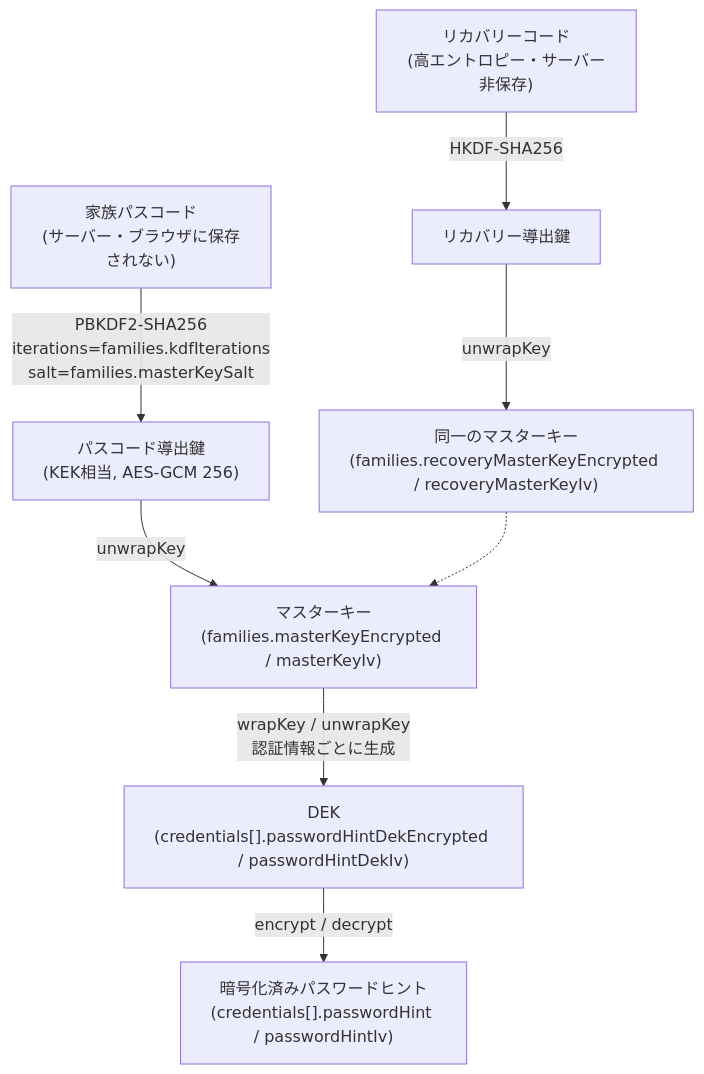
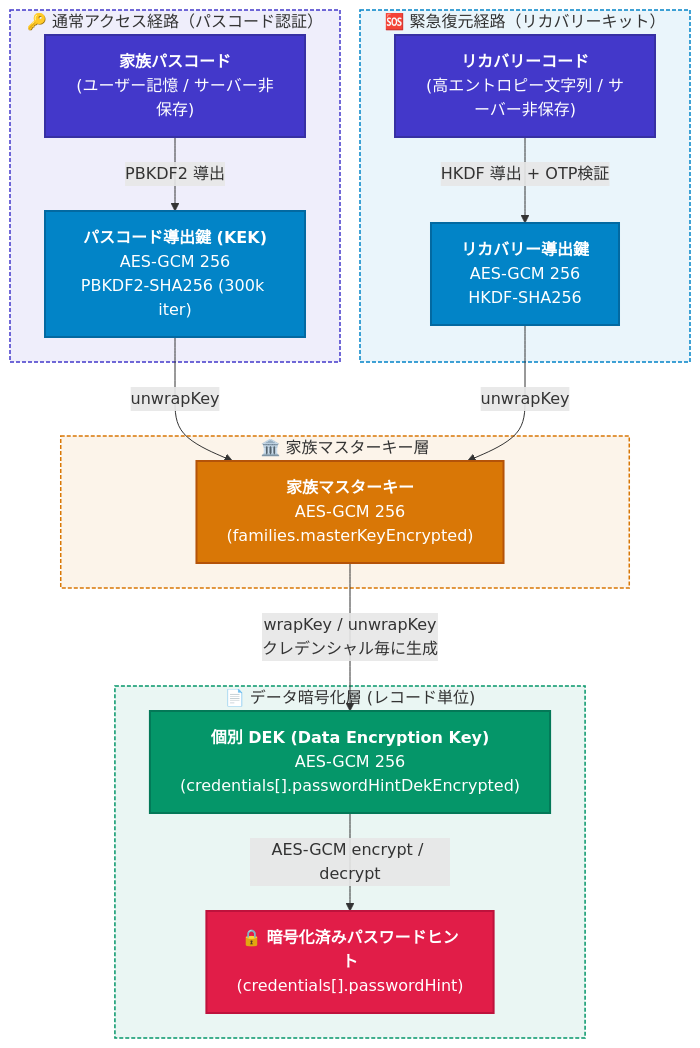
The first of 2 diagrams in .docs/security/e2ee.md (luthpg/poohma), drawn with Mermaid before and after one commit. The commit also changed other lines of this file and 14 other files, not shown here.

First line of the commit message:
﻿docs: ドキュメントの .docs/ への統一・Mermaid図の刷新とリンク修正

`````diff
--- a/.docs/security/e2ee.md
+++ b/.docs/security/e2ee.md
@@ -13,11 +11,45 @@
-````mermaid
+```mermaid
 flowchart TB
-    Passcode["家族パスコード<br/>(サーバー・ブラウザに保存されない)"] -->|PBKDF2-SHA256<br/>iterations=families.kdfIterations<br/>salt=families.masterKeySalt| KEK["パスコード導出鍵<br/>(KEK相当, AES-GCM 256)"]
-    KEK -->|unwrapKey| MK["マスターキー<br/>(families.masterKeyEncrypted / masterKeyIv)"]
-    MK -->|wrapKey / unwrapKey<br/>認証情報ごとに生成| DEK["DEK<br/>(credentials[].passwordHintDekEncrypted / passwordHintDekIv)"]
-    DEK -->|encrypt / decrypt| Hint["暗号化済みパスワードヒント<br/>(credentials[].passwordHint / passwordHintIv)"]
+    %% ==========================================
+    %% Theme & Class Definitions (Dark/Light Safe)
+    %% ==========================================
+    classDef inputNode fill:#4338ca,stroke:#3730a3,stroke-width:2px,color:#ffffff;
+    classDef derivedNode fill:#0284c7,stroke:#0369a1,stroke-width:2px,color:#ffffff;
+    classDef masterNode fill:#d97706,stroke:#b45309,stroke-width:2px,color:#ffffff;
+    classDef dekNode fill:#059669,stroke:#047857,stroke-width:2px,color:#ffffff;
+    classDef hintNode fill:#e11d48,stroke:#be123c,stroke-width:2px,color:#ffffff;
 
-    RecoveryCode["リカバリーコード<br/>(高エントロピー・サーバー非保存)"] -->|HKDF-SHA256| RK["リカバリー導出鍵"]
-    RK -->|unwrapKey| MK2["同一のマスターキー<br/>(families.recoveryMasterKeyEncrypted / recoveryMasterKeyIv)"]
-    MK2 -.-> MK
-````
+    subgraph PasscodeFlow["🔑 通常アクセス経路（パスコード認証）"]
+        Passcode["<b>家族パスコード</b><br/>(ユーザー記憶 / サーバー非保存)"]:::inputNode
+        KEK["<b>パスコード導出鍵 (KEK)</b><br/>AES-GCM 256<br/>PBKDF2-SHA256 (300k iter)"]:::derivedNode
+    end
+
+    subgraph RecoveryFlow["🆘 緊急復元経路（リカバリーキット）"]
+        RecoveryCode["<b>リカバリーコード</b><br/>(高エントロピー文字列 / サーバー非保存)"]:::inputNode
+        RK["<b>リカバリー導出鍵</b><br/>AES-GCM 256<br/>HKDF-SHA256"]:::derivedNode
+    end
+
+    subgraph MasterKeyLayer["🏛️ 家族マスターキー層"]
+        MK["<b>家族マスターキー</b><br/>AES-GCM 256<br/>(families.masterKeyEncrypted)"]:::masterNode
+    end
+
+    subgraph DataEncryptionLayer["📄 データ暗号化層 (レコード単位)"]
+        DEK["<b>個別 DEK (Data Encryption Key)</b><br/>AES-GCM 256<br/>(credentials[].passwordHintDekEncrypted)"]:::dekNode
+        Hint["🔒 <b>暗号化済みパスワードヒント</b><br/>(credentials[].passwordHint)"]:::hintNode
+    end
+
+    Passcode -->|PBKDF2 導出| KEK
+    KEK -->|unwrapKey| MK
+
+    RecoveryCode -->|HKDF 導出 + OTP検証| RK
+    RK -->|unwrapKey| MK
+
+    MK -->|wrapKey / unwrapKey<br/>クレデンシャル毎に生成| DEK
+    DEK -->|AES-GCM encrypt / decrypt| Hint
+
+    %% Subgraph Styling
+    style PasscodeFlow fill:#4338ca15,stroke:#4338ca,stroke-width:1.5px,stroke-dasharray: 4 2;
+    style RecoveryFlow fill:#0284c715,stroke:#0284c7,stroke-width:1.5px,stroke-dasharray: 4 2;
+    style MasterKeyLayer fill:#d9770615,stroke:#d97706,stroke-width:1.5px,stroke-dasharray: 4 2;
+    style DataEncryptionLayer fill:#05966915,stroke:#059669,stroke-width:1.5px,stroke-dasharray: 4 2;
+```
`````
